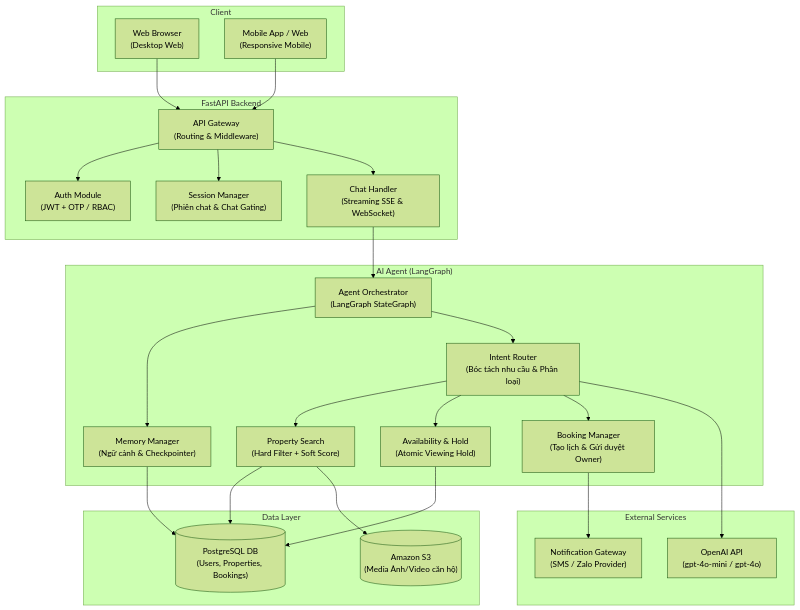
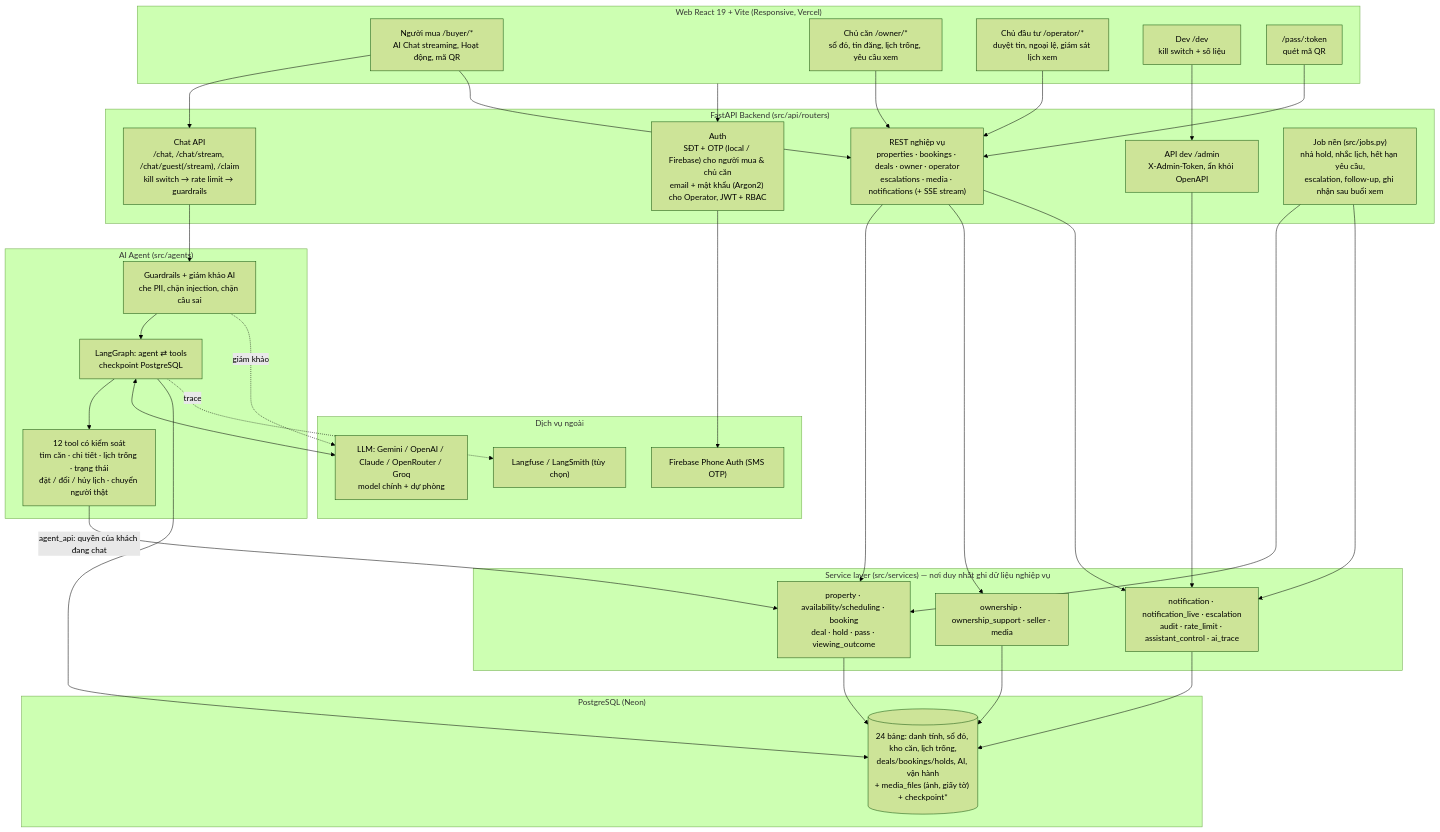
Before and after one commit to TaiHoang2501/P001: the diagram in DIagram/System Overview Diagram.md, drawn with Mermaid (forest theme). The commit also changed other lines of this file and 10 other files, not shown here.

First line of the commit message:
docs: align README, .specify and diagrams with the running system

````diff
--- a/DIagram/System Overview Diagram.md
+++ b/DIagram/System Overview Diagram.md
@@ -5,83 +7,69 @@
 ```mermaid
 flowchart TD
-    %% ==========================================
-    %% 1. CLIENT LAYER
-    %% ==========================================
-    subgraph Client["Client"]
-        WEB["Web Browser<br/>(Desktop Web)"]
-        MOBILE["Mobile App / Web<br/>(Responsive Mobile)"]
+    subgraph Client["Web React 19 + Vite (Responsive, Vercel)"]
+        W_BUYER["Người mua /buyer/*<br/>AI Chat streaming, Hoạt động, mã QR"]
+        W_OWNER["Chủ căn /owner/*<br/>sổ đỏ, tin đăng, lịch trống, yêu cầu xem"]
+        W_OPER["Chủ đầu tư /operator/*<br/>duyệt tin, ngoại lệ, giám sát lịch xem"]
+        W_DEV["Dev /dev<br/>kill switch + số liệu"]
+        W_PASS["/pass/:token<br/>quét mã QR"]
     end
 
-    %% ==========================================
-    %% 2. FASTAPI BACKEND LAYER
-    %% ==========================================
-    subgraph Backend["FastAPI Backend"]
-        GW["API Gateway<br/>(Routing & Middleware)"]
-        AUTH["Auth Module<br/>(JWT + OTP / RBAC)"]
-        SESSION["Session Manager<br/>(Phiên chat & Chat Gating)"]
-        CHAT_HANDLER["Chat Handler<br/>(Streaming SSE & WebSocket)"]
+    subgraph Backend["FastAPI Backend (src/api/routers)"]
+        AUTH["Auth<br/>SĐT + OTP (local / Firebase) cho người mua & chủ căn<br/>email + mật khẩu (Argon2) cho Operator, JWT + RBAC"]
+        CHAT["Chat API<br/>/chat, /chat/stream, /chat/guest(/stream), /claim<br/>kill switch → rate limit → guardrails"]
+        REST["REST nghiệp vụ<br/>properties · bookings · deals · owner · operator<br/>escalations · media · notifications (+ SSE stream)"]
+        ADMIN["API dev /admin<br/>X-Admin-Token, ẩn khỏi OpenAPI"]
+        JOBS["Job nền (src/jobs.py)<br/>nhả hold, nhắc lịch, hết hạn yêu cầu,<br/>escalation, follow-up, ghi nhận sau buổi xem"]
     end
 
-    %% ==========================================
-    %% 3. AI AGENT LAYER (LANGGRAPH)
-    %% ==========================================
-    subgraph Agent["AI Agent (LangGraph)"]
-        ORCH["Agent Orchestrator<br/>(LangGraph StateGraph)"]
-        MEM["Memory Manager<br/>(Ngữ cảnh & Checkpointer)"]
-        ROUTER["Intent Router<br/>(Bóc tách nhu cầu & Phân loại)"]
-        
-        TOOL_SEARCH["Property Search<br/>(Hard Filter + Soft Score)"]
-        TOOL_AVAIL["Availability & Hold<br/>(Atomic Viewing Hold)"]
-        TOOL_BOOK["Booking Manager<br/>(Tạo lịch & Gửi duyệt Owner)"]
+    subgraph Agent["AI Agent (src/agents)"]
+        GRAPH["LangGraph: agent ⇄ tools<br/>checkpoint PostgreSQL"]
+        GUARD["Guardrails + giám khảo AI<br/>che PII, chặn injection, chặn câu sai"]
+        TOOLS["12 tool có kiểm soát<br/>tìm căn · chi tiết · lịch trống · trạng thái<br/>đặt / đổi / hủy lịch · chuyển người thật"]
     end
 
-    %% ==========================================
-    %% 4. DATA LAYER
-    %% ==========================================
-    subgraph DataLayer["Data Layer"]
-        DB[("PostgreSQL DB<br/>(Users, Properties, Bookings)")]
-        S3[("Amazon S3<br/>(Media Ảnh/Video căn hộ)")]
+    subgraph Services["Service layer (src/services) — nơi duy nhất ghi dữ liệu nghiệp vụ"]
+        S_CORE["property · availability/scheduling · booking<br/>deal · hold · pass · viewing_outcome"]
+        S_OWN["ownership · ownership_support · seller · media"]
+        S_OPS["notification · notification_live · escalation<br/>audit · rate_limit · assistant_control · ai_trace"]
     end
 
-    %% ==========================================
-    %% 5. EXTERNAL SERVICES
-    %% ==========================================
-    subgraph External["External Services"]
-        LLM["OpenAI API<br/>(gpt-4o-mini / gpt-4o)"]
-        NOTIF["Notification Gateway<br/>(SMS / Zalo Provider)"]
+    subgraph Data["PostgreSQL (Neon)"]
+        DB[("24 bảng: danh tính, sổ đỏ, kho căn, lịch trống,<br/>deals/bookings/holds, AI, vận hành<br/>+ media_files (ảnh, giấy tờ) + checkpoint*")]
     end
 
-    %% ==========================================
-    %% CÁC ĐƯỜNG KẾT NỐI (HIERARCHICAL FLOW)
-    %% ==========================================
-    %% Client -> Backend
-    WEB --> GW
-    MOBILE --> GW
+    subgraph External["Dịch vụ ngoài"]
+        LLM["LLM: Gemini / OpenAI / Claude / OpenRouter / Groq<br/>model chính + dự phòng"]
+        FIRE["Firebase Phone Auth (SMS OTP)"]
+        OBS["Langfuse / LangSmith (tùy chọn)"]
+    end
 
-    %% Backend Router phân nhánh nội bộ
-    GW --> AUTH
-    GW --> SESSION
-    GW --> CHAT_HANDLER
+    W_BUYER --> CHAT
+    W_BUYER --> REST
+    W_OWNER --> REST
+    W_OPER --> REST
+    W_DEV --> ADMIN
+    W_PASS --> REST
+    Client --> AUTH
 
-    %% Backend Chat Handler -> AI Agent Orchestrator
-    CHAT_HANDLER --> ORCH
+    CHAT --> GUARD
+    GUARD --> GRAPH
+    GRAPH --> TOOLS
+    GRAPH <--> LLM
+    GUARD -. giám khảo .-> LLM
+    TOOLS -- "agent_api: quyền của khách đang chat" --> S_CORE
 
-    %% Agent Orchestrator điều phối nội bộ
-    ORCH --> MEM
-    ORCH --> ROUTER
+    REST --> S_CORE
+    REST --> S_OWN
+    REST --> S_OPS
+    ADMIN --> S_OPS
+    JOBS --> S_CORE
+    JOBS --> S_OPS
+    AUTH --> FIRE
 
-    %% Intent Router gọi các Tools
-    ROUTER --> TOOL_SEARCH
-    ROUTER --> TOOL_AVAIL
-    ROUTER --> TOOL_BOOK
-
-    %% Kết nối tới Data Layer
-    MEM --> DB
-    TOOL_SEARCH --> DB
-    TOOL_SEARCH --> S3
-    TOOL_AVAIL --> DB
-
-    %% Kết nối tới External Services
-    ROUTER --> LLM
-    TOOL_BOOK --> NOTIF
+    S_CORE --> DB
+    S_OWN --> DB
+    S_OPS --> DB
+    GRAPH --> DB
+    GRAPH -. trace .-> OBS
 ```
````
